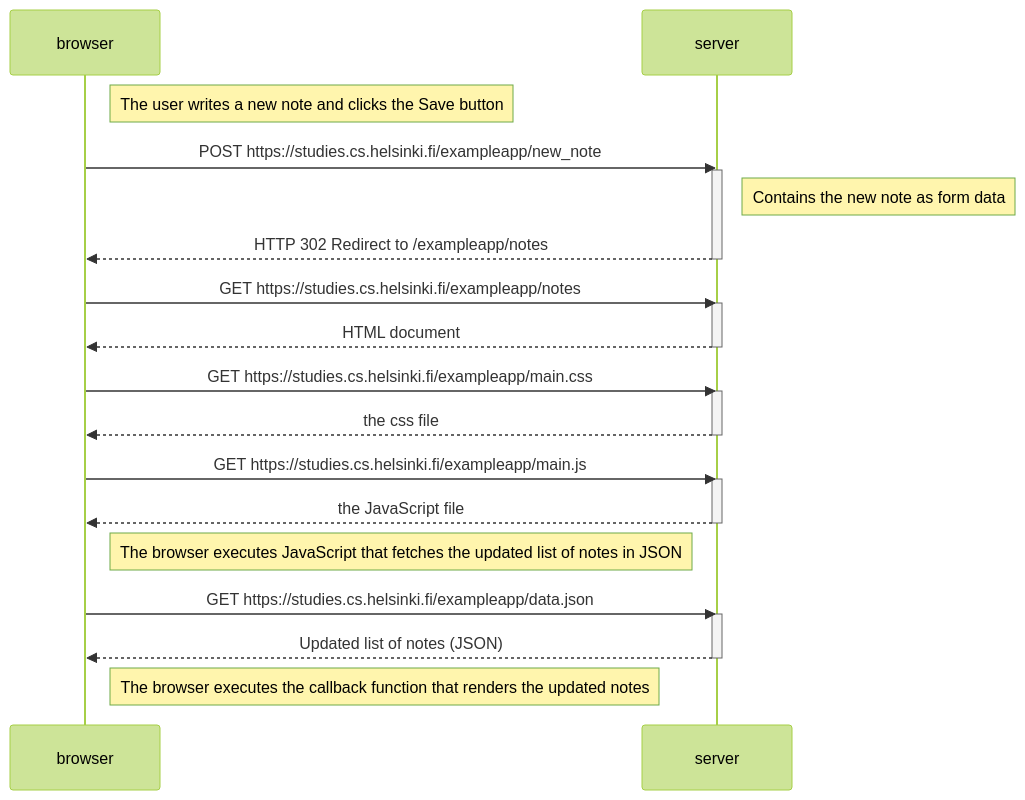
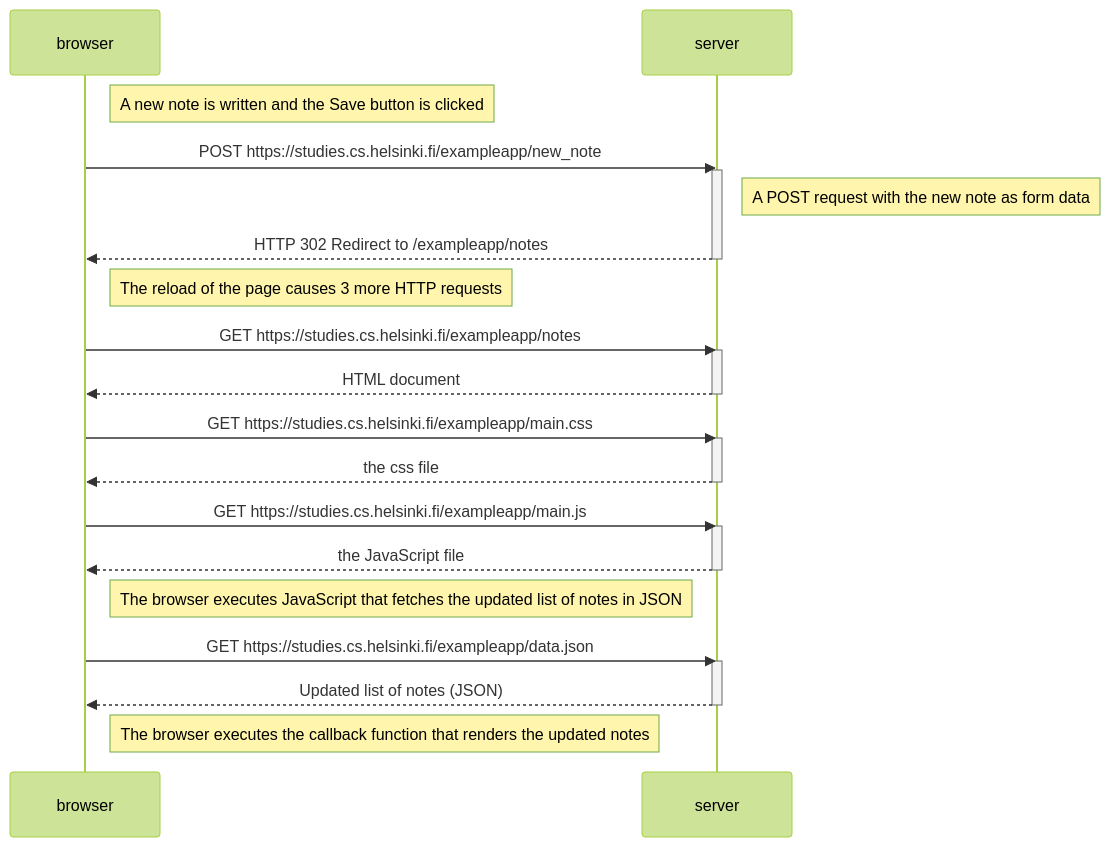
The diagram in part0/test.md (cristichitz/Full-Stack-Open), drawn with Mermaid (forest theme) before and after one commit.

````diff
--- a/part0/test.md
+++ b/part0/test.md
@@ -1,37 +1,39 @@
 ```mermaid
 sequenceDiagram
     participant browser
     participant server
 
-    Note right of browser: The user writes a new note and clicks the Save button
+    Note right of browser: A new note is written and the Save button is clicked
 
     browser->>server: POST https://studies.cs.helsinki.fi/exampleapp/new_note
         activate server
-        Note right of server: Contains the new note as form data
+        Note right of server: A POST request with the new note as form data
         server-->>browser: HTTP 302 Redirect to /exampleapp/notes
         deactivate server
+
+    Note right of browser: The reload of the page causes 3 more HTTP requests
 
     browser->>server: GET https://studies.cs.helsinki.fi/exampleapp/notes
         activate server
         server-->>browser: HTML document
         deactivate server
 
     browser->>server: GET https://studies.cs.helsinki.fi/exampleapp/main.css
         activate server
         server-->>browser: the css file
         deactivate server
 
     browser->>server: GET https://studies.cs.helsinki.fi/exampleapp/main.js
         activate server
         server-->>browser: the JavaScript file
         deactivate server
 
     Note right of browser: The browser executes JavaScript that fetches the updated list of notes in JSON
 
     browser->>server: GET https://studies.cs.helsinki.fi/exampleapp/data.json
         activate server
         server-->>browser: Updated list of notes (JSON)
         deactivate server
 
     Note right of browser: The browser executes the callback function that renders the updated notes
 ```
````
